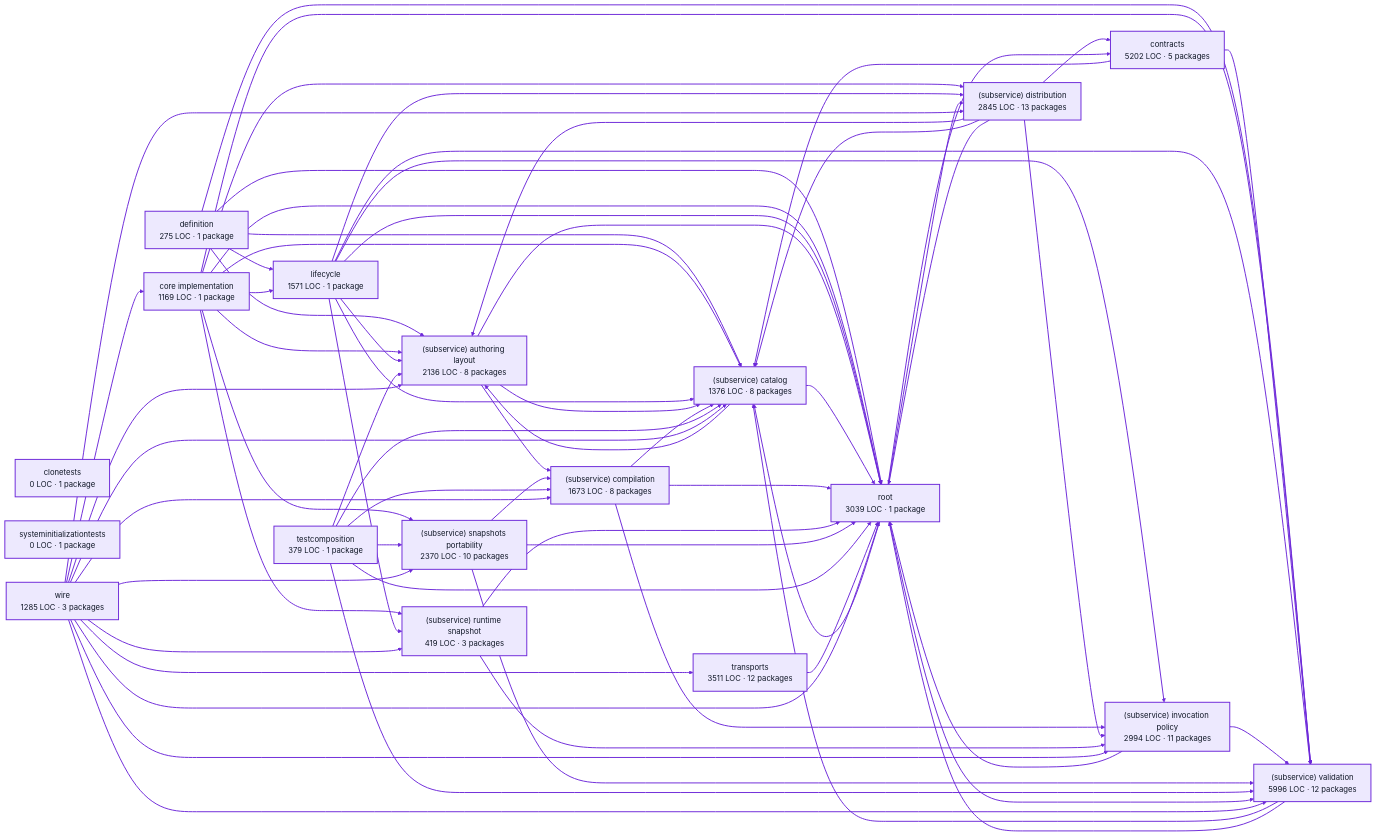
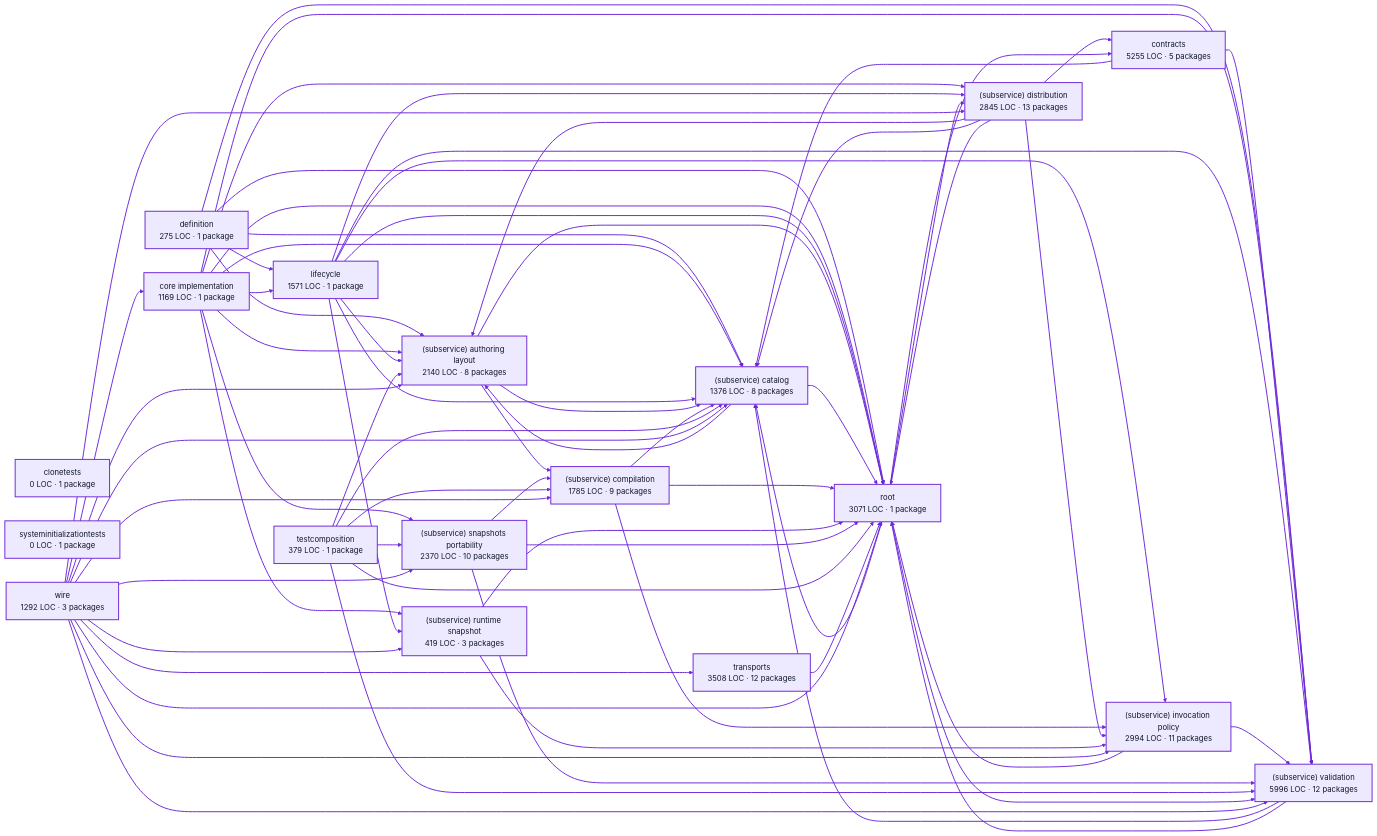
The diagram in docs/architecture/visualizations/services/factory_definitions.md (portpowered/you-agent-factory), drawn with Mermaid (neutral theme) before and after one commit. The commit also changed other lines of this file and 20 other files, not shown here.

Commit message:
docs: refresh backend architecture visualizations

```diff
--- a/docs/architecture/visualizations/services/factory_definitions.md
+++ b/docs/architecture/visualizations/services/factory_definitions.md
@@ -13,21 +13,21 @@
   p0["clonetests<br/>0 LOC · 1 package"]
   p1["definition<br/>275 LOC · 1 package"]
   p2["core implementation<br/>1169 LOC · 1 package"]
-  p3["contracts<br/>5202 LOC · 5 packages"]
+  p3["contracts<br/>5255 LOC · 5 packages"]
   p4["lifecycle<br/>1571 LOC · 1 package"]
-  p5["(subservice) authoring layout<br/>2136 LOC · 8 packages"]
+  p5["(subservice) authoring layout<br/>2140 LOC · 8 packages"]
   p6["(subservice) catalog<br/>1376 LOC · 8 packages"]
-  p7["(subservice) compilation<br/>1673 LOC · 8 packages"]
+  p7["(subservice) compilation<br/>1785 LOC · 9 packages"]
   p8["(subservice) distribution<br/>2845 LOC · 13 packages"]
   p9["(subservice) invocation policy<br/>2994 LOC · 11 packages"]
   p10["(subservice) runtime snapshot<br/>419 LOC · 3 packages"]
   p11["(subservice) snapshots portability<br/>2370 LOC · 10 packages"]
   p12["(subservice) validation<br/>5996 LOC · 12 packages"]
   p13["testcomposition<br/>379 LOC · 1 package"]
-  p14["root<br/>3039 LOC · 1 package"]
+  p14["root<br/>3071 LOC · 1 package"]
   p15["systeminitializationtests<br/>0 LOC · 1 package"]
-  p16["transports<br/>3511 LOC · 12 packages"]
-  p17["wire<br/>1285 LOC · 3 packages"]
+  p16["transports<br/>3508 LOC · 12 packages"]
+  p17["wire<br/>1292 LOC · 3 packages"]
   p1 --> p4
   p1 --> p5
   p1 --> p6
```
